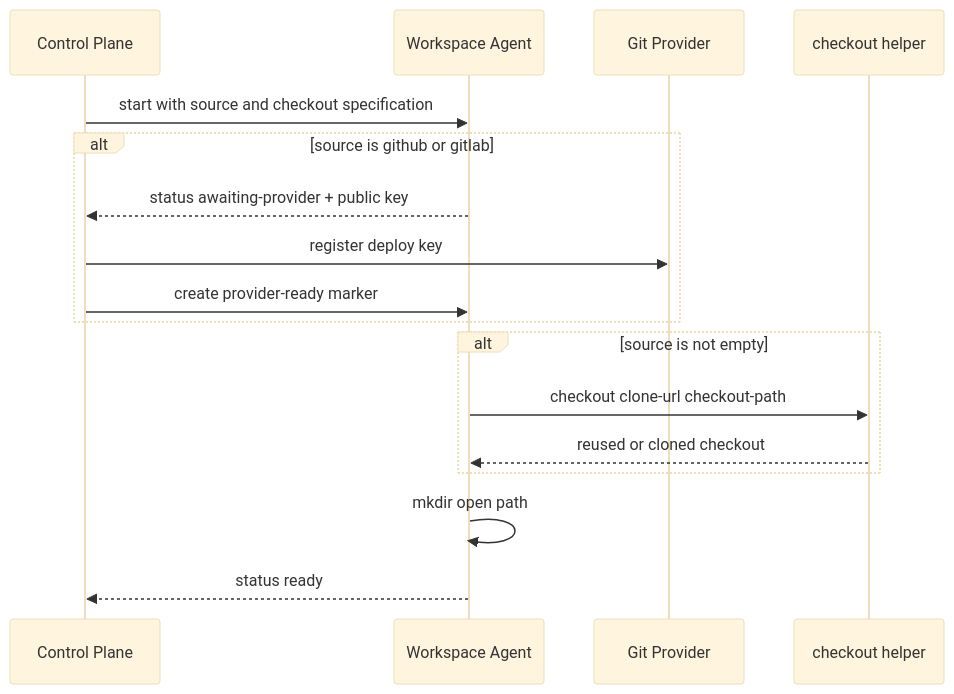
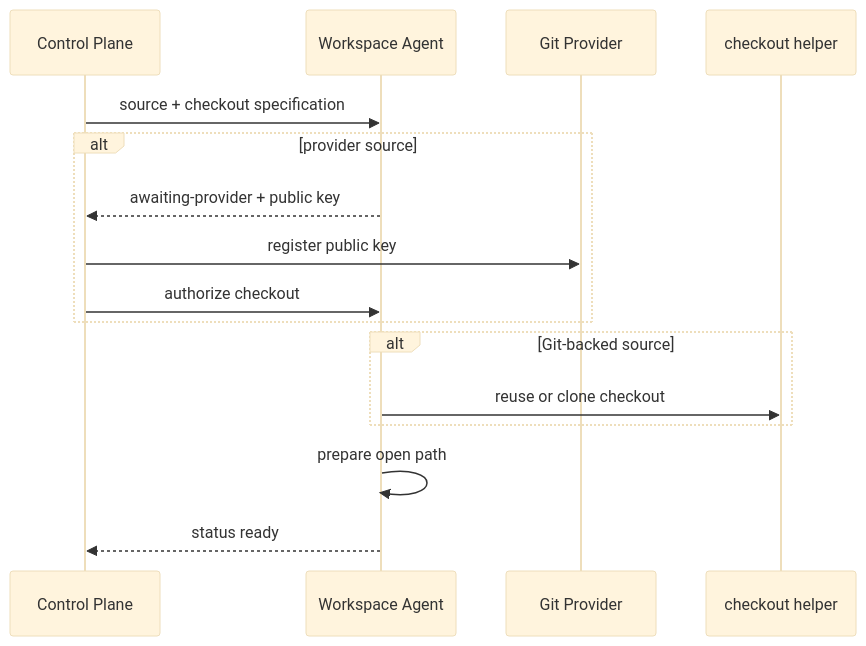
The third of 3 diagrams in platform/container/workspace/DESIGN.md (curoky/codespace), drawn with Mermaid (base theme) before and after one commit. The commit also changed other lines of this file and 16 other files, not shown here.

````diff
--- a/platform/container/workspace/DESIGN.md
+++ b/platform/container/workspace/DESIGN.md
@@ -79,20 +64,19 @@
 ```mermaid
 sequenceDiagram
     participant CP as Control Plane
     participant Agent as Workspace Agent
     participant Provider as Git Provider
     participant Git as checkout helper
 
-    CP->>Agent: start with source and checkout specification
-    alt source is github or gitlab
-        Agent-->>CP: status awaiting-provider + public key
-        CP->>Provider: register deploy key
-        CP->>Agent: create provider-ready marker
+    CP->>Agent: source + checkout specification
+    alt provider source
+        Agent-->>CP: awaiting-provider + public key
+        CP->>Provider: register public key
+        CP->>Agent: authorize checkout
     end
-    alt source is not empty
-        Agent->>Git: checkout clone-url checkout-path
-        Git-->>Agent: reused or cloned checkout
+    alt Git-backed source
+        Agent->>Git: reuse or clone checkout
     end
-    Agent->>Agent: mkdir open path
+    Agent->>Agent: prepare open path
     Agent-->>CP: status ready
 ```
````
